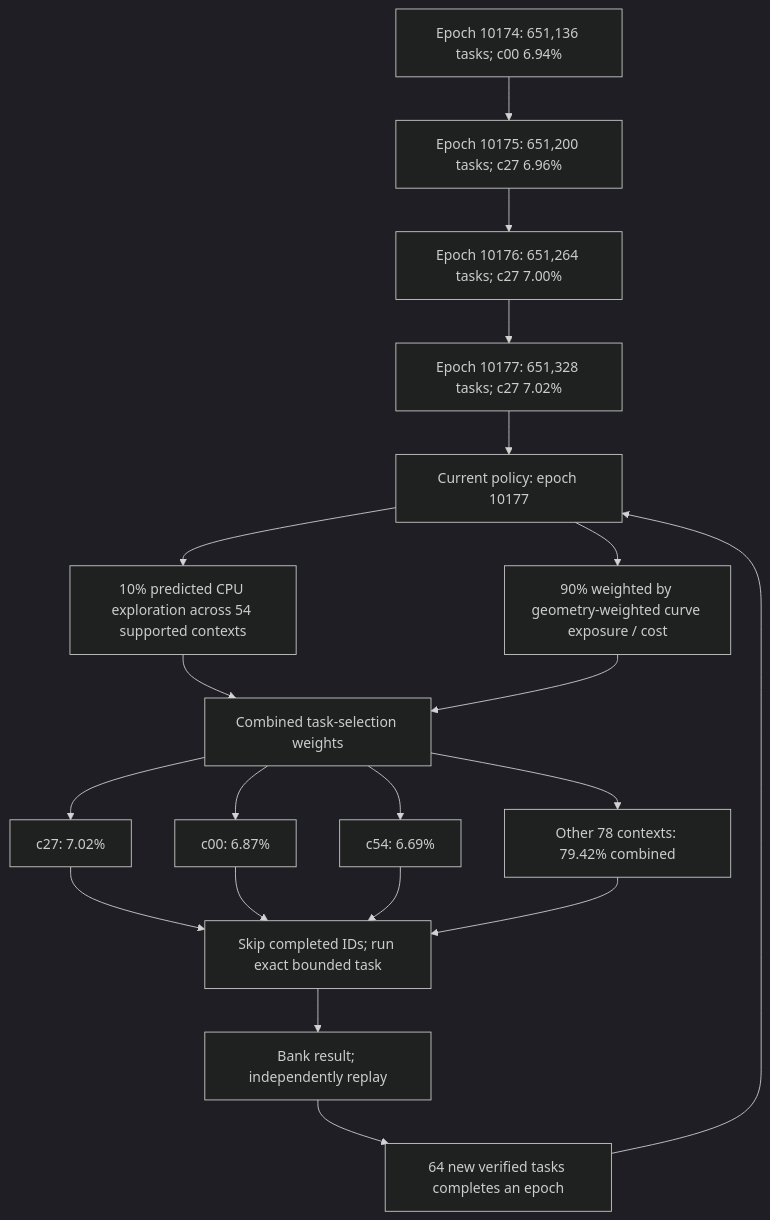
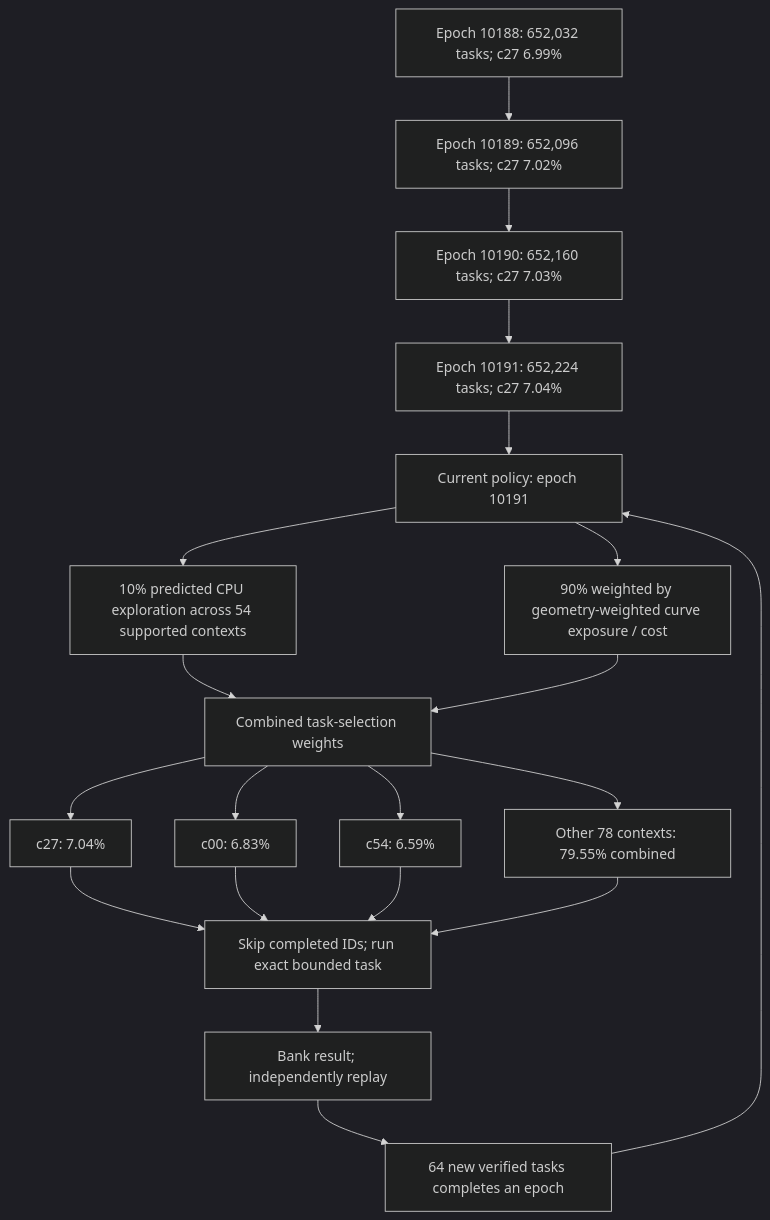
Before and after one commit to Kuberwastaken/math-gambling: the first of 4 diagrams in README.md, drawn with Mermaid (dark theme). The commit also changed other lines of this file and 1995 other files, not shown here.

````diff
--- a/README.md
+++ b/README.md
@@ -60,27 +60,27 @@
 ```mermaid
 flowchart TD
-    H0["Epoch 10174: 651,136 tasks; c00 6.94%"]
-    H1["Epoch 10175: 651,200 tasks; c27 6.96%"]
+    H0["Epoch 10188: 652,032 tasks; c27 6.99%"]
+    H1["Epoch 10189: 652,096 tasks; c27 7.02%"]
     H0 --> H1
-    H2["Epoch 10176: 651,264 tasks; c27 7.00%"]
+    H2["Epoch 10190: 652,160 tasks; c27 7.03%"]
     H1 --> H2
-    H3["Epoch 10177: 651,328 tasks; c27 7.02%"]
+    H3["Epoch 10191: 652,224 tasks; c27 7.04%"]
     H2 --> H3
-    Policy["Current policy: epoch 10177"]
+    Policy["Current policy: epoch 10191"]
     H3 --> Policy
     Policy --> Explore["10% predicted CPU exploration across 54 supported contexts"]
     Policy --> Cost["90% weighted by geometry-weighted curve exposure / cost"]
     Explore --> Mix["Combined task-selection weights"]
     Cost --> Mix
-    Mix --> C0["c27: 7.02%"]
-    Mix --> C1["c00: 6.87%"]
-    Mix --> C2["c54: 6.69%"]
-    Mix --> Rest["Other 78 contexts: 79.42% combined"]
+    Mix --> C0["c27: 7.04%"]
+    Mix --> C1["c00: 6.83%"]
+    Mix --> C2["c54: 6.59%"]
+    Mix --> Rest["Other 78 contexts: 79.55% combined"]
     C0 --> Check["Skip completed IDs; run exact bounded task"]
     C1 --> Check
     C2 --> Check
     Rest --> Check
     Check --> Replay["Bank result; independently replay"]
     Replay --> Gate["64 new verified tasks completes an epoch"]
     Gate --> Policy
 ```
````
